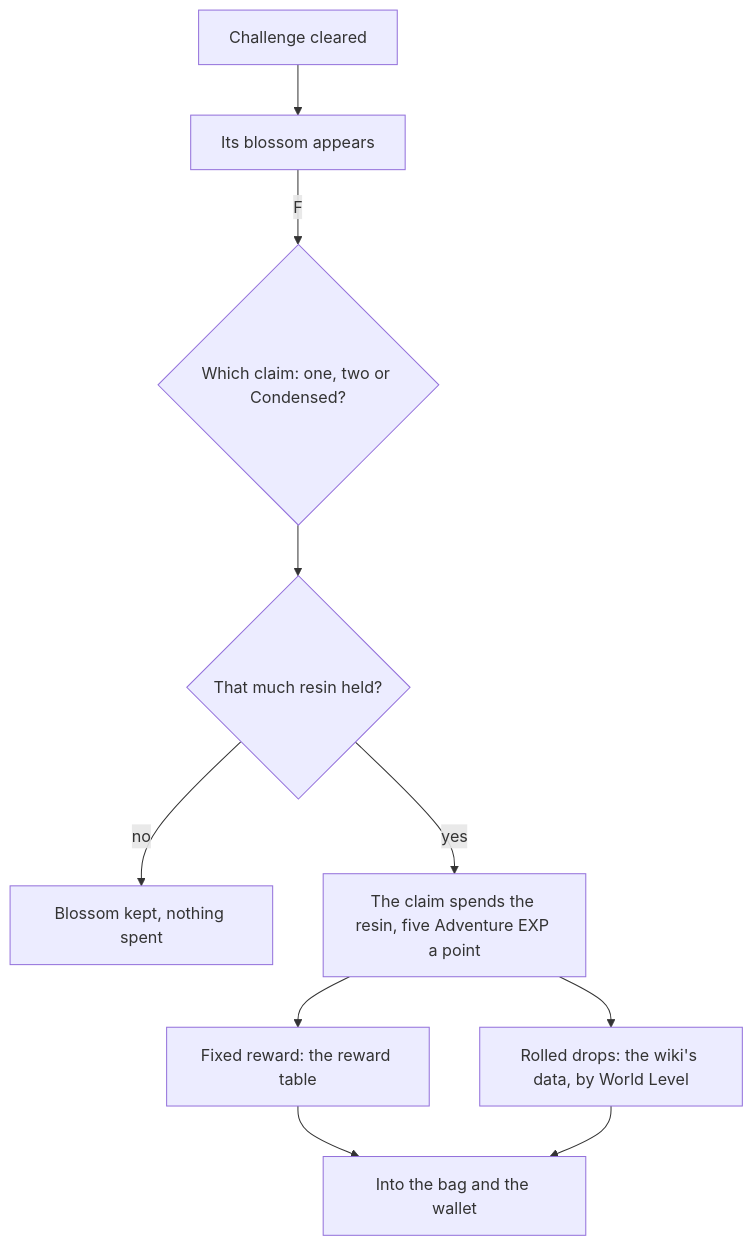
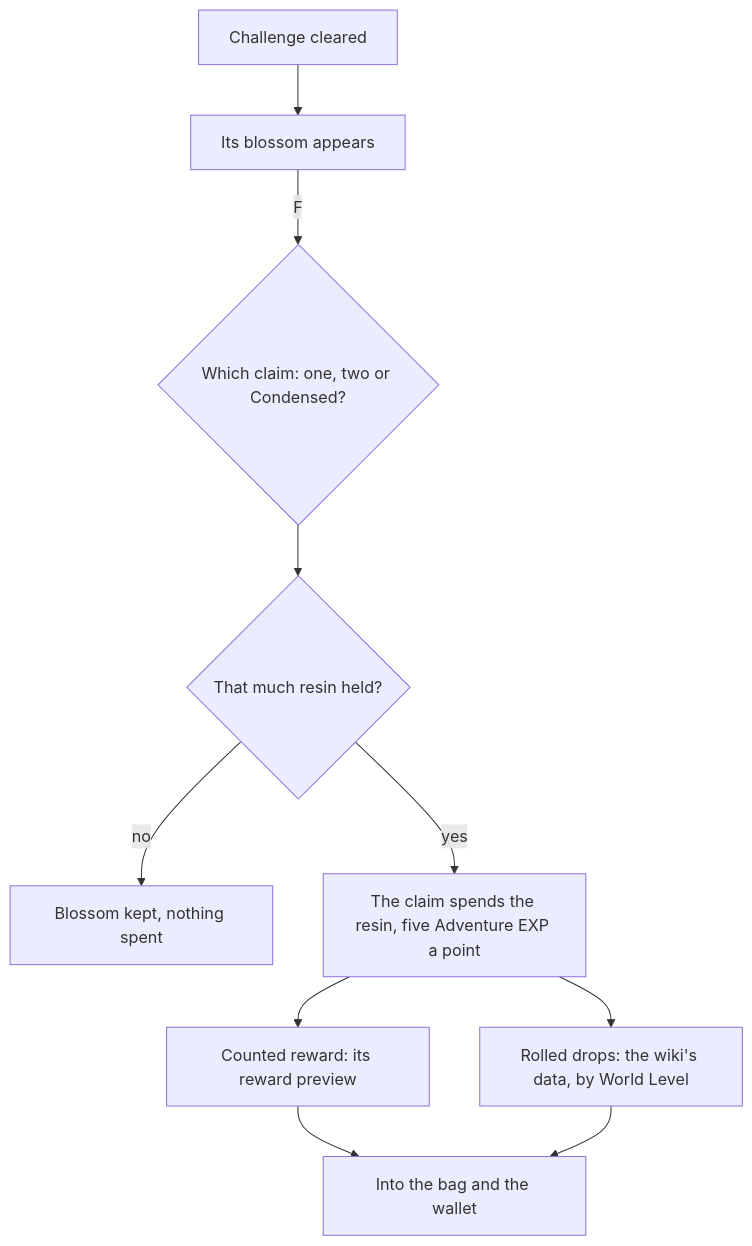
The diagram in apps/web/content/docs/proposals/genshin/original-resin.md (Esposter/Esposter), drawn with Mermaid before and after one commit. The commit also changed other lines of this file and 8 other files, not shown here.

````diff
--- a/apps/web/content/docs/proposals/genshin/original-resin.md
+++ b/apps/web/content/docs/proposals/genshin/original-resin.md
@@ -21,12 +29,12 @@
 ```mermaid
 flowchart TD
   CLEAR["Challenge cleared"] --> BLOSSOM["Its blossom appears"]
   BLOSSOM -->|"F"| OFFER{"Which claim: one, two or Condensed?"}
   OFFER --> AFFORD{"That much resin held?"}
   AFFORD -->|"no"| KEEP["Blossom kept, nothing spent"]
   AFFORD -->|"yes"| SPEND["The claim spends the resin, five Adventure EXP a point"]
-  SPEND --> FIXED["Fixed reward: the reward table"]
+  SPEND --> FIXED["Counted reward: its reward preview"]
   SPEND --> ROLL["Rolled drops: the wiki's data, by World Level"]
   FIXED --> BAG["Into the bag and the wallet"]
   ROLL --> BAG
 ```
````
